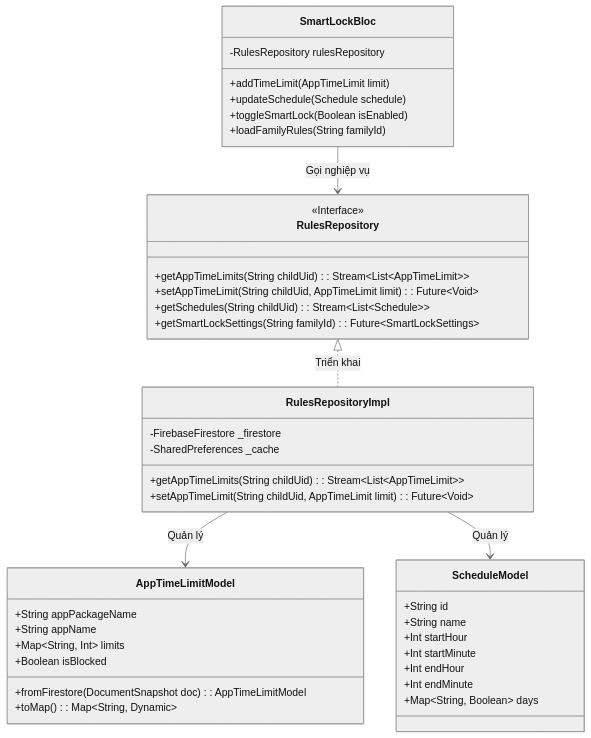
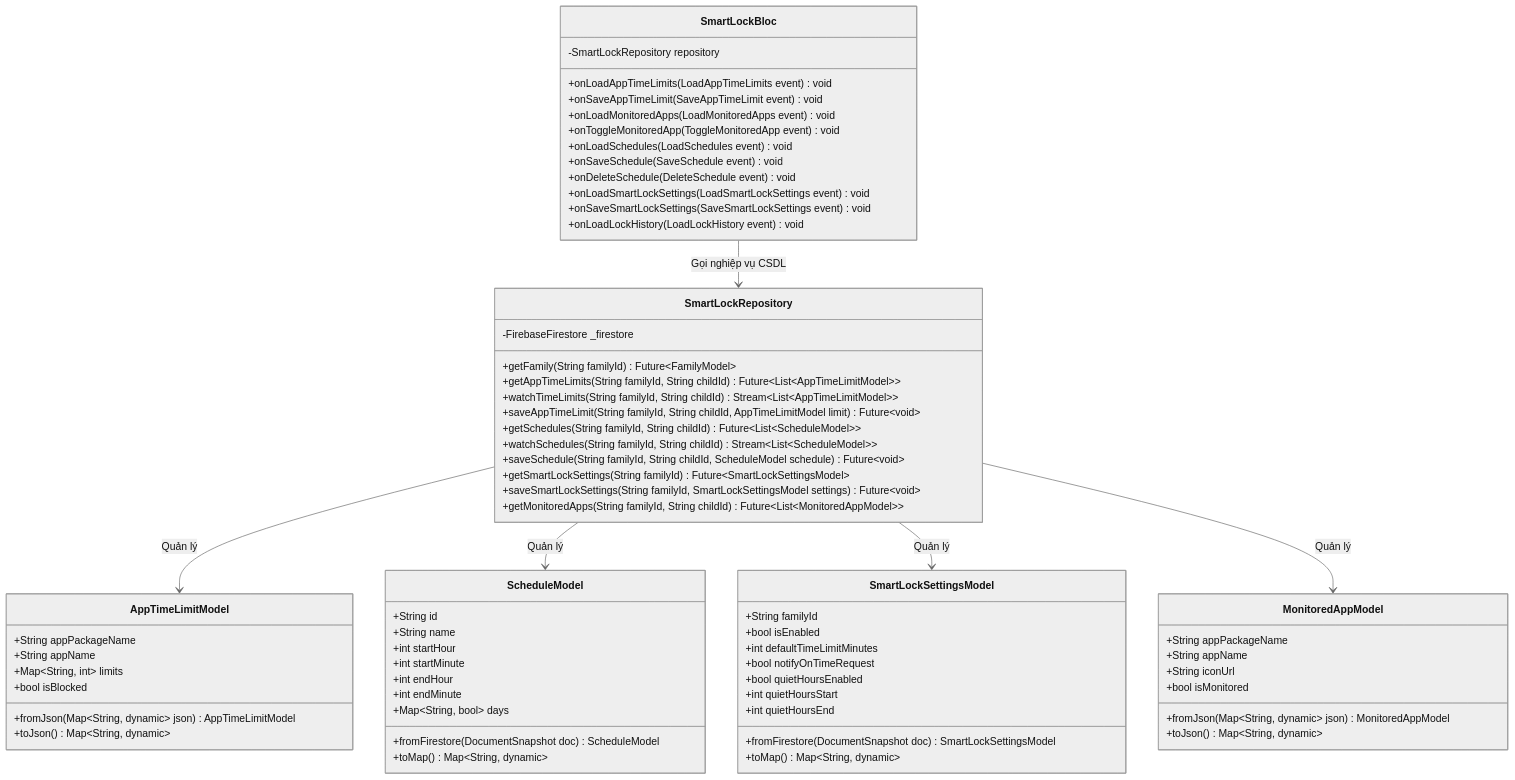
Diagram 17 of 20 in docs/Kura_Technical_Analysis.md (minhduc01168/KidGuardian-THPT), drawn with Mermaid (neutral theme) before and after one commit. The commit also changed other lines of this file, not shown here.

Commit message:
docs: standardize terminology to Kura, Phụ huynh and Con, align diagrams with codebase

````diff
--- a/docs/Kura_Technical_Analysis.md
+++ b/docs/Kura_Technical_Analysis.md
@@ -1004,49 +1015,78 @@
 ```mermaid
 classDiagram
     class SmartLockBloc {
-        -RulesRepository rulesRepository
-        +addTimeLimit(AppTimeLimit limit)
-        +updateSchedule(Schedule schedule)
-        +toggleSmartLock(Boolean isEnabled)
-        +loadFamilyRules(String familyId)
+        -SmartLockRepository repository
+        +onLoadAppTimeLimits(LoadAppTimeLimits event) void
+        +onSaveAppTimeLimit(SaveAppTimeLimit event) void
+        +onLoadMonitoredApps(LoadMonitoredApps event) void
+        +onToggleMonitoredApp(ToggleMonitoredApp event) void
+        +onLoadSchedules(LoadSchedules event) void
+        +onSaveSchedule(SaveSchedule event) void
+        +onDeleteSchedule(DeleteSchedule event) void
+        +onLoadSmartLockSettings(LoadSmartLockSettings event) void
+        +onSaveSmartLockSettings(SaveSmartLockSettings event) void
+        +onLoadLockHistory(LoadLockHistory event) void
     }
 
-    class RulesRepository {
-        <<Interface>>
-        +getAppTimeLimits(String childUid): Stream~List~AppTimeLimit~~
-        +setAppTimeLimit(String childUid, AppTimeLimit limit): Future~Void~
-        +getSchedules(String childUid): Stream~List~Schedule~~
-        +getSmartLockSettings(String familyId): Future~SmartLockSettings~
-    }
-
-    class RulesRepositoryImpl {
+    class SmartLockRepository {
         -FirebaseFirestore _firestore
-        -SharedPreferences _cache
-        +getAppTimeLimits(String childUid): Stream~List~AppTimeLimit~~
-        +setAppTimeLimit(String childUid, AppTimeLimit limit): Future~Void~
+        +getFamily(String familyId) Future~FamilyModel~
+        +getAppTimeLimits(String familyId, String childId) Future~List~AppTimeLimitModel~~
+        +watchTimeLimits(String familyId, String childId) Stream~List~AppTimeLimitModel~~
+        +saveAppTimeLimit(String familyId, String childId, AppTimeLimitModel limit) Future~void~
+        +getSchedules(String familyId, String childId) Future~List~ScheduleModel~~
+        +watchSchedules(String familyId, String childId) Stream~List~ScheduleModel~~
+        +saveSchedule(String familyId, String childId, ScheduleModel schedule) Future~void~
+        +getSmartLockSettings(String familyId) Future~SmartLockSettingsModel~
+        +saveSmartLockSettings(String familyId, SmartLockSettingsModel settings) Future~void~
+        +getMonitoredApps(String familyId, String childId) Future~List~MonitoredAppModel~~
     }
 
     class AppTimeLimitModel {
         +String appPackageName
         +String appName
-        +Map~String, Int~ limits
-        +Boolean isBlocked
-        +fromFirestore(DocumentSnapshot doc): AppTimeLimitModel
-        +toMap(): Map~String, Dynamic~
+        +Map~String, int~ limits
+        +bool isBlocked
+        +fromJson(Map~String, dynamic~ json) AppTimeLimitModel
+        +toJson() Map~String, dynamic~
     }
 
     class ScheduleModel {
         +String id
         +String name
-        +Int startHour
-        +Int startMinute
-        +Int endHour
-        +Int endMinute
-        +Map~String, Boolean~ days
+        +int startHour
+        +int startMinute
+        +int endHour
+        +int endMinute
+        +Map~String, bool~ days
+        +fromFirestore(DocumentSnapshot doc) ScheduleModel
+        +toMap() Map~String, dynamic~
     }
 
-    SmartLockBloc --> RulesRepository : Gọi nghiệp vụ
-    RulesRepository <|.. RulesRepositoryImpl : Triển khai
-    RulesRepositoryImpl --> AppTimeLimitModel : Quản lý
-    RulesRepositoryImpl --> ScheduleModel : Quản lý
+    class SmartLockSettingsModel {
+        +String familyId
+        +bool isEnabled
+        +int defaultTimeLimitMinutes
+        +bool notifyOnTimeRequest
+        +bool quietHoursEnabled
+        +int quietHoursStart
+        +int quietHoursEnd
+        +fromFirestore(DocumentSnapshot doc) SmartLockSettingsModel
+        +toMap() Map~String, dynamic~
+    }
+
+    class MonitoredAppModel {
+        +String appPackageName
+        +String appName
+        +String iconUrl
+        +bool isMonitored
+        +fromJson(Map~String, dynamic~ json) MonitoredAppModel
+        +toJson() Map~String, dynamic~
+    }
+
+    SmartLockBloc --> SmartLockRepository : Gọi nghiệp vụ CSDL
+    SmartLockRepository --> AppTimeLimitModel : Quản lý
+    SmartLockRepository --> ScheduleModel : Quản lý
+    SmartLockRepository --> SmartLockSettingsModel : Quản lý
+    SmartLockRepository --> MonitoredAppModel : Quản lý
 ```
````
